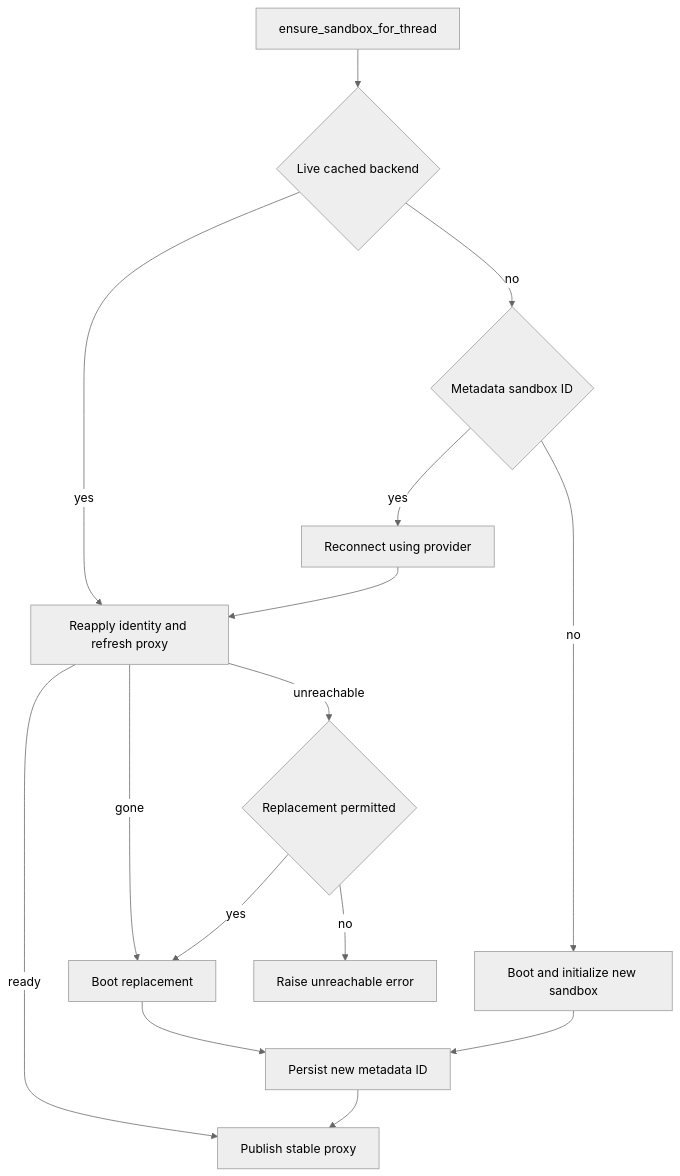
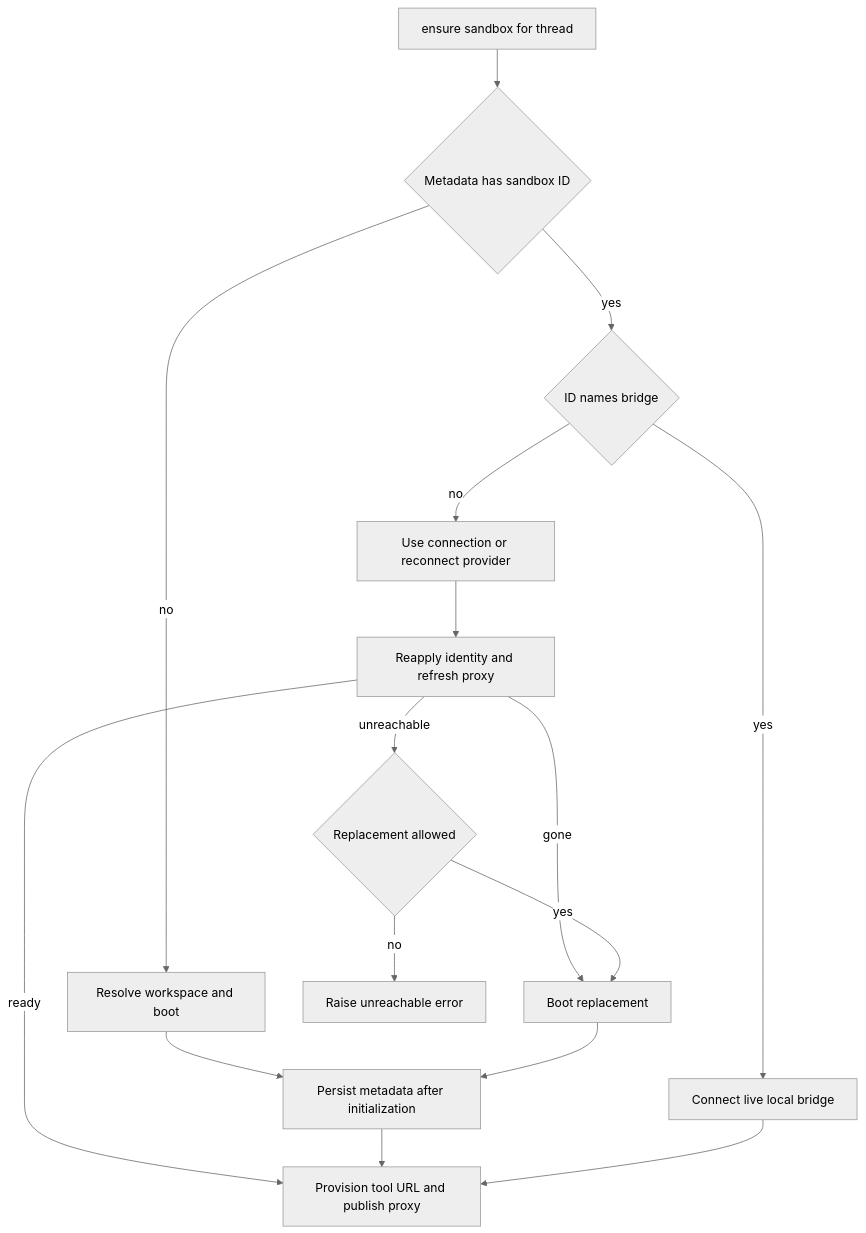
One commit to langchain-ai/open-swe changed the diagram in openwiki/architecture/sandbox-lifecycle.md. Above: the diagram before and after it, drawn with Mermaid (neutral theme). The commit also changed other lines of this file and 51 other files, not shown here.

````diff
--- a/openwiki/architecture/sandbox-lifecycle.md
+++ b/openwiki/architecture/sandbox-lifecycle.md
@@ -79,17 +72,18 @@
 ```mermaid
 flowchart TD
-  Start["ensure_sandbox_for_thread"] --> Cached{"Live cached backend"}
-  Cached -->|"yes"| Refresh["Reapply identity and refresh proxy"]
-  Cached -->|"no"| Bound{"Metadata sandbox ID"}
-  Bound -->|"yes"| Reconnect["Reconnect using provider"]
-  Bound -->|"no"| Create["Boot and initialize new sandbox"]
-  Reconnect --> Refresh
-  Refresh -->|"ready"| Publish
+  Start["ensure sandbox for thread"] --> Bound{"Metadata has sandbox ID"}
+  Bound -->|"no"| Boot["Resolve workspace and boot"]
+  Bound -->|"yes"| Bridge{"ID names bridge"}
+  Bridge -->|"yes"| ConnectBridge["Connect live local bridge"]
+  Bridge -->|"no"| Reconnect["Use connection or reconnect provider"]
+  Reconnect --> Refresh["Reapply identity and refresh proxy"]
+  Refresh -->|"ready"| Publish["Provision tool URL and publish proxy"]
   Refresh -->|"gone"| Replace["Boot replacement"]
-  Refresh -->|"unreachable"| Permit{"Replacement permitted"}
-  Permit -->|"yes"| Replace
-  Permit -->|"no"| Fail["Raise unreachable error"]
-  Create --> Bind["Persist new metadata ID"]
+  Refresh -->|"unreachable"| Allowed{"Replacement allowed"}
+  Allowed -->|"no"| Failure["Raise unreachable error"]
+  Allowed -->|"yes"| Replace
+  Boot --> Bind["Persist metadata after initialization"]
   Replace --> Bind
-  Bind --> Publish["Publish stable proxy"]
+  Bind --> Publish
+  ConnectBridge --> Publish
 ```
````
